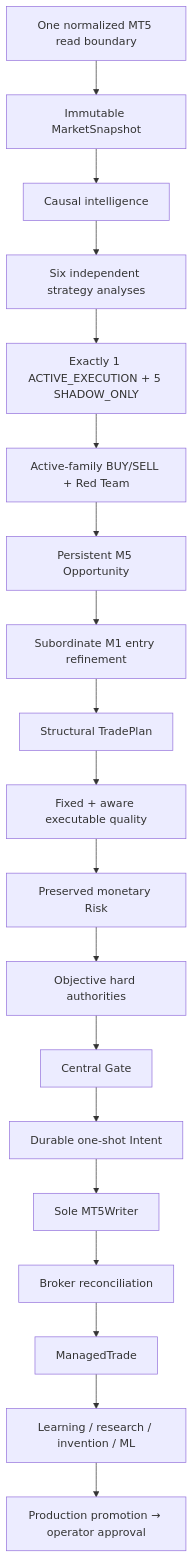
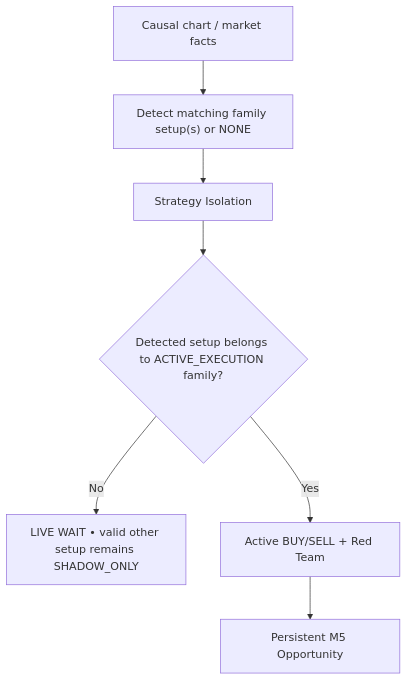
Before and after one commit to Hatoobachoo/GoldScalpTrader: the diagram in Documents/README.md, drawn with Mermaid. The commit also changed other lines of this file and 86 other files, not shown here.

````diff
--- a/Documents/README.md
+++ b/Documents/README.md
@@ -137,21 +101,9 @@
 ```mermaid
 flowchart TB
-    MT5["One normalized MT5 read boundary"] --> SNAP["Immutable MarketSnapshot"]
-    SNAP --> INTEL["Causal intelligence"]
-    INTEL --> SIX["Six independent strategy analyses"]
-    SIX --> ISO["Exactly 1 ACTIVE_EXECUTION + 5 SHADOW_ONLY"]
-    ISO --> THESIS["Active-family BUY/SELL + Red Team"]
+    FACTS["Causal chart / market facts"] --> DETECT["Detect matching family setup(s) or NONE"]
+    DETECT --> ISO["Strategy Isolation"]
+    ISO --> MATCH{"Detected setup belongs to ACTIVE_EXECUTION family?"}
+    MATCH -->|No| WAIT["LIVE WAIT • valid other setup remains SHADOW_ONLY"]
+    MATCH -->|Yes| THESIS["Active BUY/SELL + Red Team"]
     THESIS --> OPP["Persistent M5 Opportunity"]
-    OPP --> M1["Subordinate M1 entry refinement"]
-    M1 --> PLAN["Structural TradePlan"]
-    PLAN --> QUAL["Fixed + aware executable quality"]
-    QUAL --> RISK["Preserved monetary Risk"]
-    RISK --> HARD["Objective hard authorities"]
-    HARD --> GATE["Central Gate"]
-    GATE --> INTENT["Durable one-shot Intent"]
-    INTENT --> WRITE["Sole MT5Writer"]
-    WRITE --> RECON["Broker reconciliation"]
-    RECON --> MANAGE["ManagedTrade"]
-    MANAGE --> LEARN["Learning / research / invention / ML"]
-    LEARN --> ASK["Production promotion → operator approval"]
 ```
````
